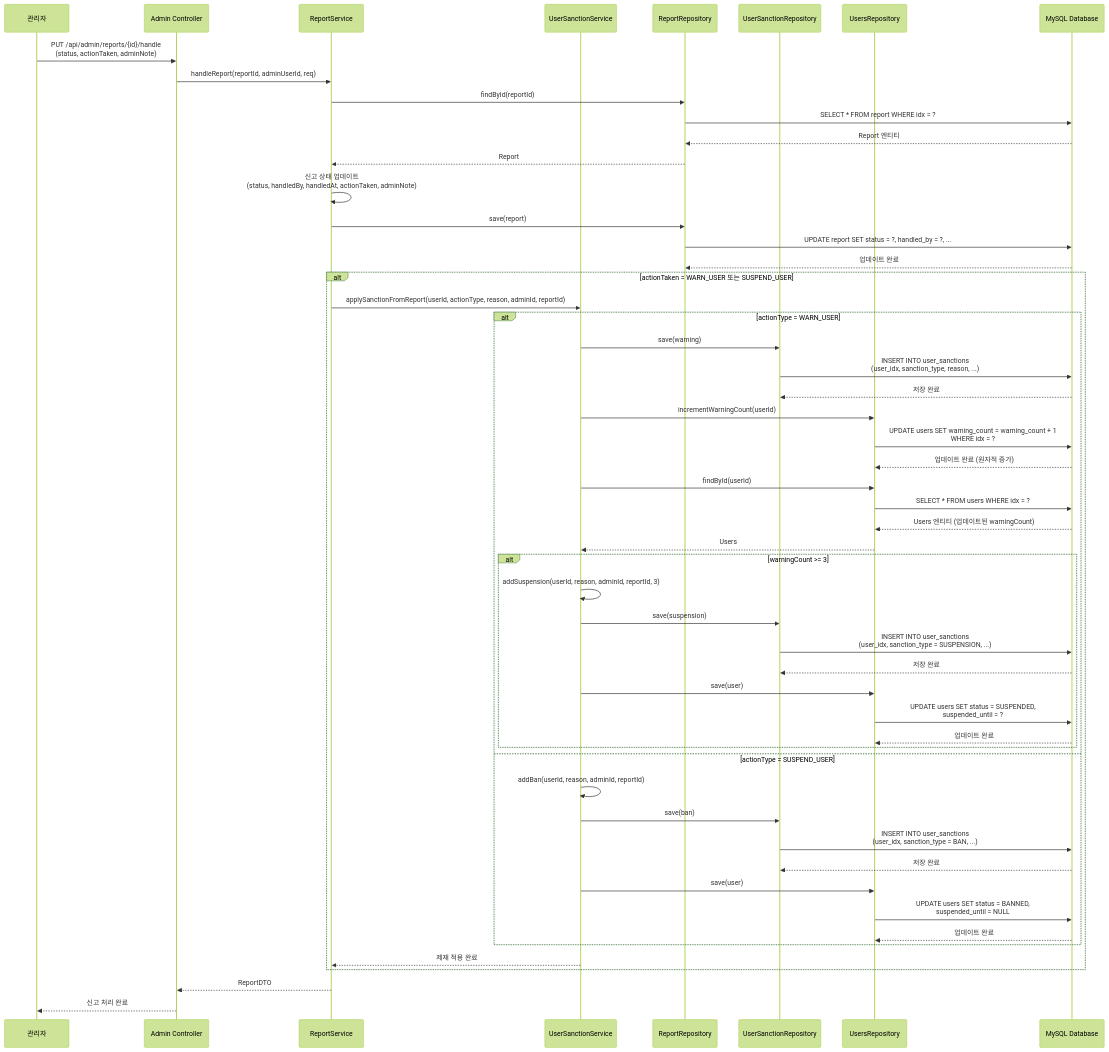
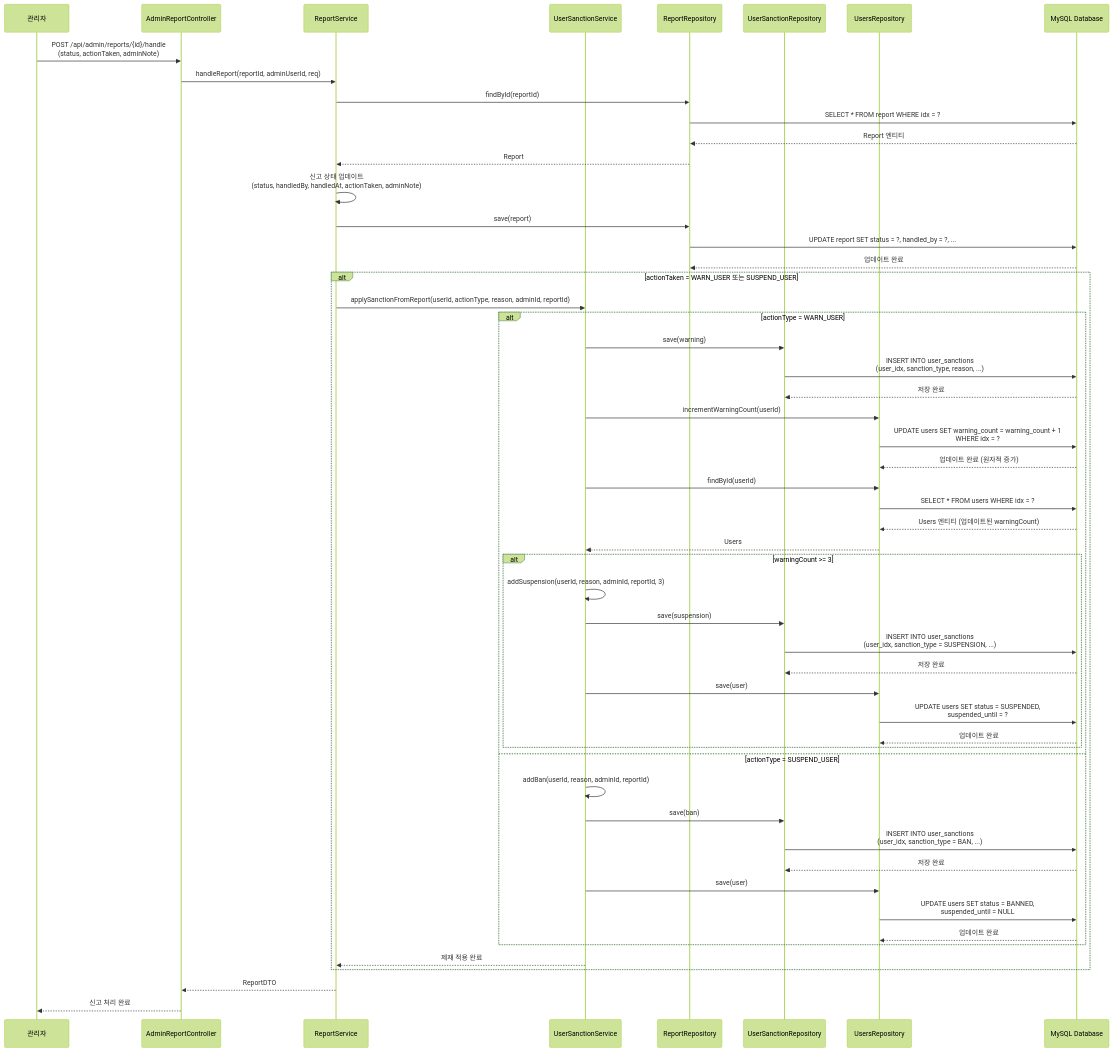
The third of 5 diagrams in docs/architecture/신고 및 제재 시스템 아키텍처.md (makkong1/Petory), drawn with Mermaid (forest theme) before and after one commit. The commit also changed other lines of this file and 12 other files, not shown here.

Commit message:
docs(architecture): 도메인 아키텍처 문서를 최신 코드·API와 동기화

````diff
--- a/docs/architecture/신고 및 제재 시스템 아키텍처.md
+++ b/docs/architecture/신고 및 제재 시스템 아키텍처.md
@@ -755,68 +775,68 @@
 ```mermaid
 sequenceDiagram
     participant Admin as 관리자
-    participant AC as Admin Controller
+    participant AC as AdminReportController
     participant RS as ReportService
     participant USS as UserSanctionService
     participant RR as ReportRepository
     participant USR as UserSanctionRepository
     participant UR as UsersRepository
     participant MySQL as MySQL Database
     
-    Admin->>AC: PUT /api/admin/reports/{id}/handle<br/>(status, actionTaken, adminNote)
+    Admin->>AC: POST /api/admin/reports/{id}/handle<br/>(status, actionTaken, adminNote)
     AC->>RS: handleReport(reportId, adminUserId, req)
     
     RS->>RR: findById(reportId)
     RR->>MySQL: SELECT * FROM report WHERE idx = ?
     MySQL-->>RR: Report 엔티티
     RR-->>RS: Report
     
     RS->>RS: 신고 상태 업데이트<br/>(status, handledBy, handledAt, actionTaken, adminNote)
     RS->>RR: save(report)
     RR->>MySQL: UPDATE report SET status = ?, handled_by = ?, ...
     MySQL-->>RR: 업데이트 완료
     
     alt actionTaken = WARN_USER 또는 SUSPEND_USER
         RS->>USS: applySanctionFromReport(userId, actionType, reason, adminId, reportId)
         
         alt actionType = WARN_USER
             USS->>USR: save(warning)
             USR->>MySQL: INSERT INTO user_sanctions<br/>(user_idx, sanction_type, reason, ...)
             MySQL-->>USR: 저장 완료
             
             USS->>UR: incrementWarningCount(userId)
             UR->>MySQL: UPDATE users SET warning_count = warning_count + 1<br/>WHERE idx = ?
             MySQL-->>UR: 업데이트 완료 (원자적 증가)
             
             USS->>UR: findById(userId)
             UR->>MySQL: SELECT * FROM users WHERE idx = ?
             MySQL-->>UR: Users 엔티티 (업데이트된 warningCount)
             UR-->>USS: Users
             
             alt warningCount >= 3
                 USS->>USS: addSuspension(userId, reason, adminId, reportId, 3)
                 USS->>USR: save(suspension)
                 USR->>MySQL: INSERT INTO user_sanctions<br/>(user_idx, sanction_type = SUSPENSION, ...)
                 MySQL-->>USR: 저장 완료
                 
                 USS->>UR: save(user)
                 UR->>MySQL: UPDATE users SET status = SUSPENDED,<br/>suspended_until = ?
                 MySQL-->>UR: 업데이트 완료
             end
         else actionType = SUSPEND_USER
             USS->>USS: addBan(userId, reason, adminId, reportId)
             USS->>USR: save(ban)
             USR->>MySQL: INSERT INTO user_sanctions<br/>(user_idx, sanction_type = BAN, ...)
             MySQL-->>USR: 저장 완료
             
             USS->>UR: save(user)
             UR->>MySQL: UPDATE users SET status = BANNED,<br/>suspended_until = NULL
             MySQL-->>UR: 업데이트 완료
         end
         
         USS-->>RS: 제재 적용 완료
     end
     
     RS-->>AC: ReportDTO
     AC-->>Admin: 신고 처리 완료
 ```
````
